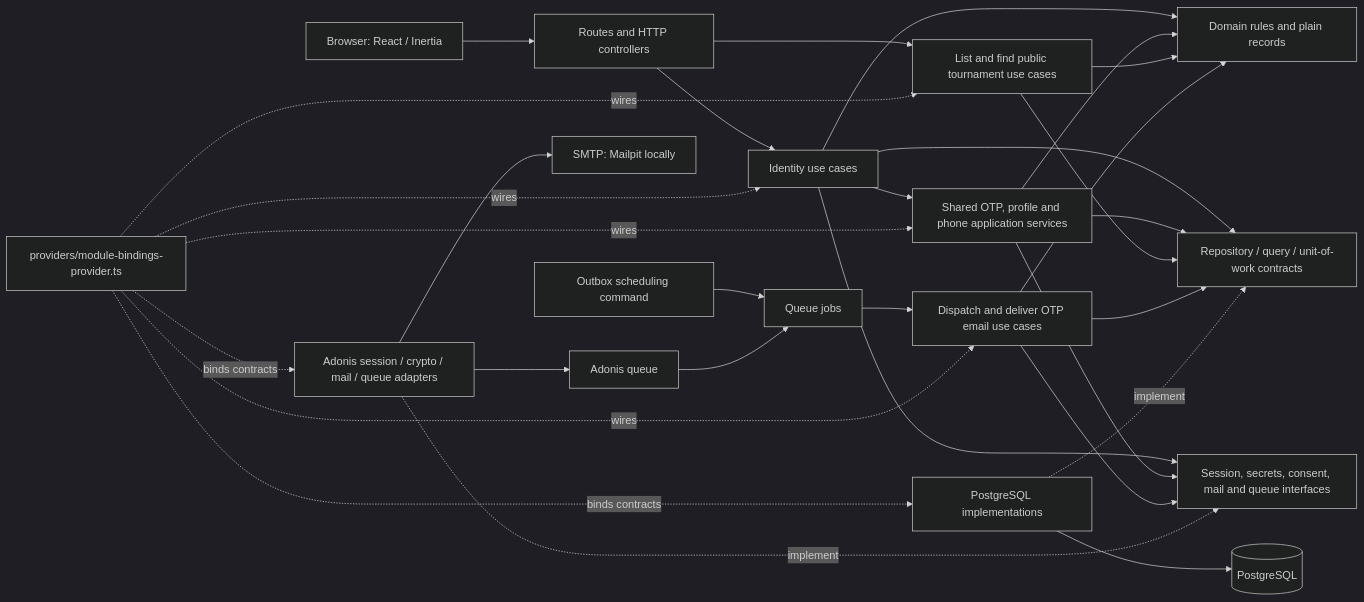
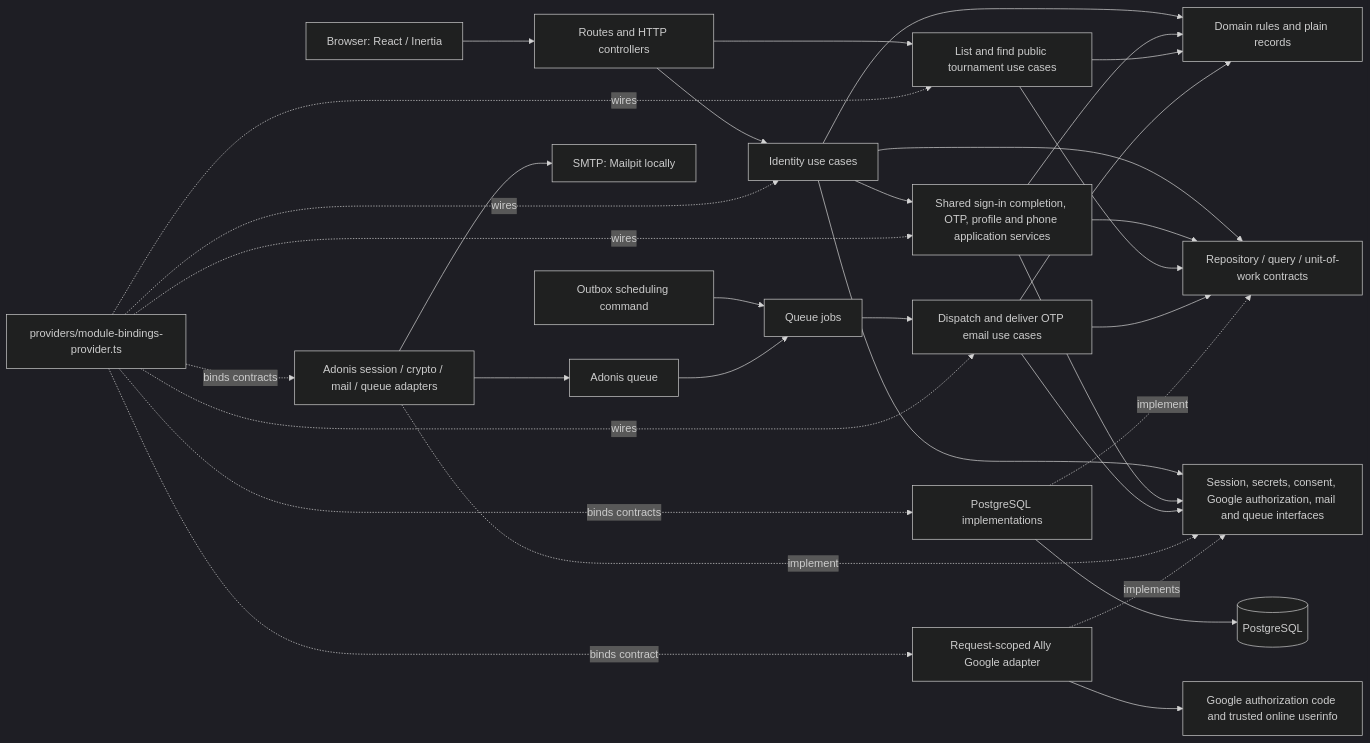
Before and after one commit to pabloquadrado/eleggante-tournament-management: the second of 3 diagrams in docs/code-map.md, drawn with Mermaid (dark theme). The commit also changed other lines of this file and 39 other files, not shown here.

First line of the commit message:
feat(identity): add Google sign-in

````diff
--- a/docs/code-map.md
+++ b/docs/code-map.md
@@ -55,32 +57,35 @@
 ```mermaid
 flowchart LR
   browser[Browser: React / Inertia] --> http[Routes and HTTP controllers]
   schedule[Outbox scheduling command] --> jobs[Queue jobs]
   http --> identity[Identity use cases]
   http --> catalog[List and find public tournament use cases]
   jobs --> emails[Dispatch and deliver OTP email use cases]
-  identity --> shared[Shared OTP, profile and phone application services]
+  identity --> shared[Shared sign-in completion, OTP, profile and phone application services]
   identity --> domain[Domain rules and plain records]
   shared --> domain
   catalog --> domain
   emails --> domain
   identity --> repositories[Repository / query / unit-of-work contracts]
   shared --> repositories
   catalog --> repositories
   emails --> repositories
-  identity --> adapters[Session, secrets, consent, mail and queue interfaces]
+  identity --> adapters[Session, secrets, consent, Google authorization, mail and queue interfaces]
   shared --> adapters
   emails --> adapters
   pg[PostgreSQL implementations] -. implement .-> repositories
   framework[Adonis session / crypto / mail / queue adapters] -. implement .-> adapters
+  ally[Request-scoped Ally Google adapter] -. implements .-> adapters
+  ally --> google[Google authorization code and trusted online userinfo]
   pg --> db[(PostgreSQL)]
   framework --> smtp[SMTP: Mailpit locally]
   framework --> queue[Adonis queue]
   queue --> jobs
   composition[providers/module-bindings-provider.ts] -. wires .-> identity
   composition -. wires .-> shared
   composition -. wires .-> catalog
   composition -. wires .-> emails
   composition -. binds contracts .-> pg
   composition -. binds contracts .-> framework
+  composition -. binds contract .-> ally
 ```
````
